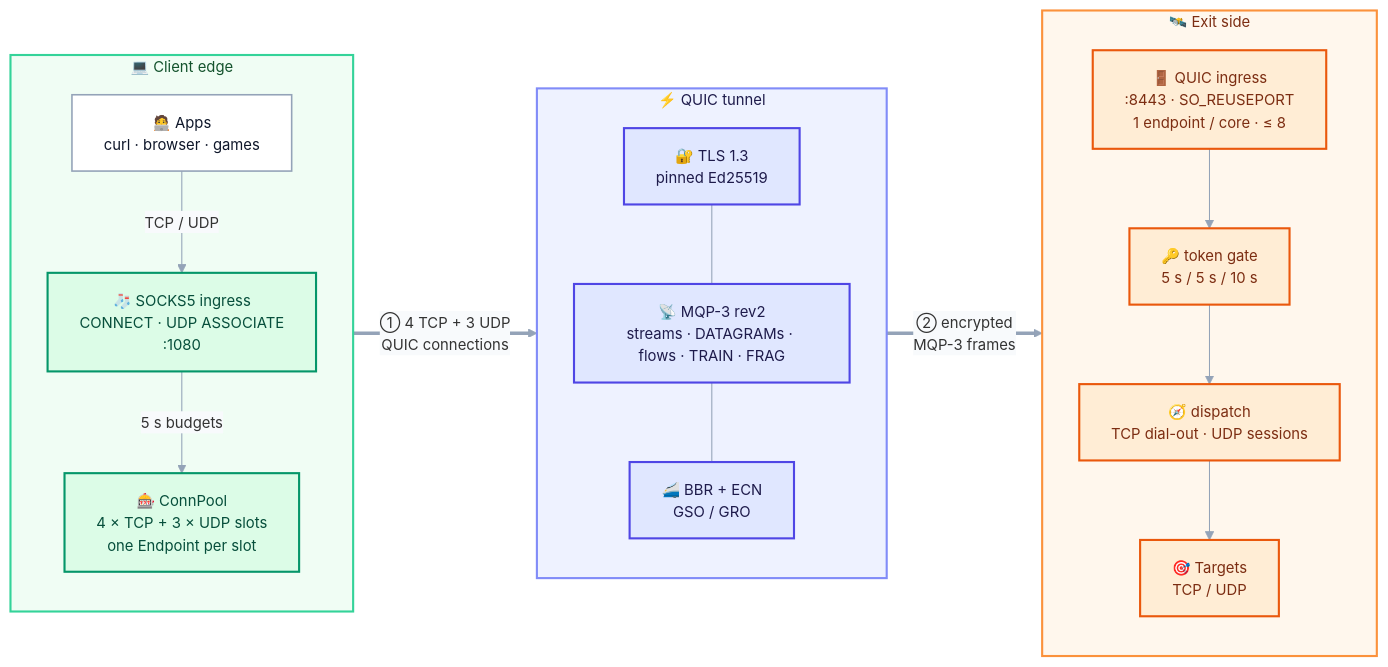
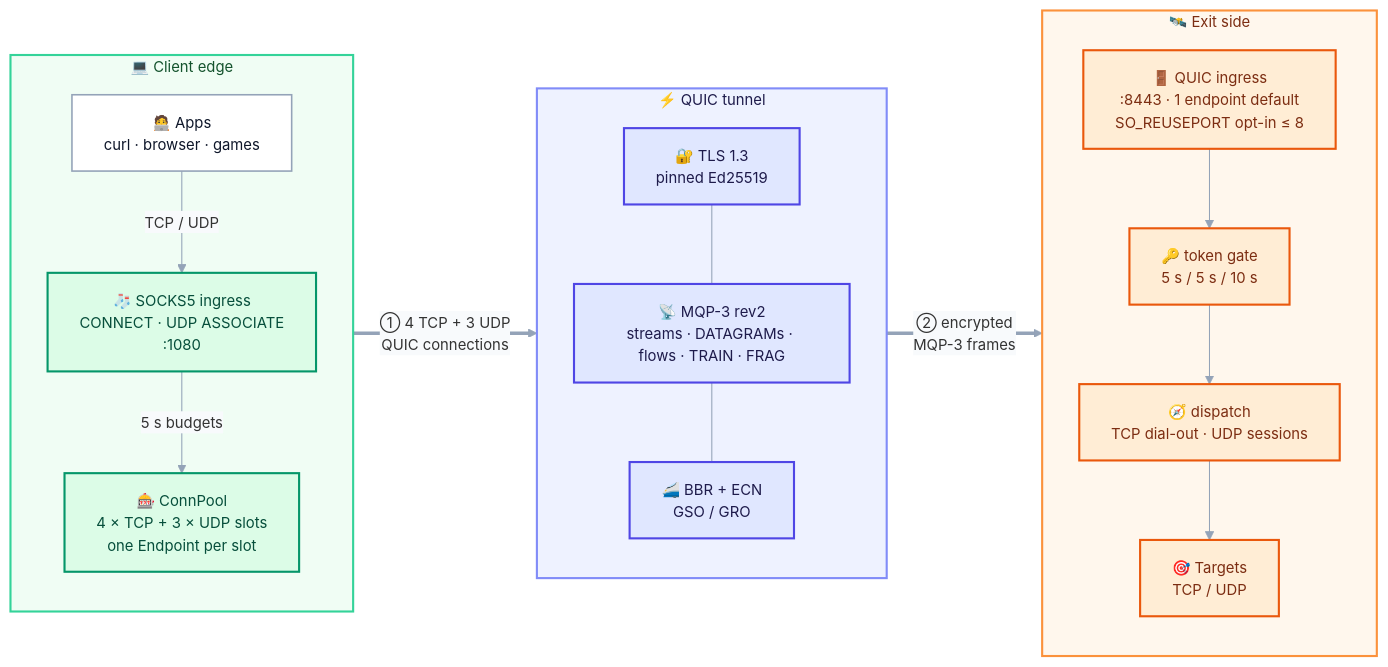
One commit to Terutoki/MyQUIC2 changed the seventh of 31 diagrams in README.md. Above: the diagram before and after it, drawn with Mermaid. The commit also changed other lines of this file and 13 other files, not shown here.

````diff
--- a/README.md
+++ b/README.md
@@ -1271,44 +1271,44 @@
 ```mermaid
 %%{init: {"theme":"base","themeVariables":{"fontSize":"14px","lineColor":"#94a3b8","textColor":"#0f172a","edgeLabelBackground":"#f8fafc"}}}%%
 flowchart LR
     accTitle: System overview
     accDescr: Applications reach the client edge, cross an encrypted QUIC tunnel, and leave through an admission-first server to TCP or UDP targets.
     subgraph EDGE["💻  Client edge"]
         direction TB
         APPS["🧑‍💻 Apps<br/>curl · browser · games"]
         SOCKS["🧦 SOCKS5 ingress<br/>CONNECT · UDP ASSOCIATE<br/>:1080"]
         POOL["🎰 ConnPool<br/>4 × TCP + 3 × UDP slots<br/>one Endpoint per slot"]
         APPS -->|"TCP / UDP"| SOCKS
         SOCKS -->|"5 s budgets"| POOL
     end
     subgraph TUNNEL["⚡  QUIC tunnel"]
         direction TB
         TLS["🔐 TLS 1.3<br/>pinned Ed25519"]
         MQP["📡 MQP-3 rev2<br/>streams · DATAGRAMs · flows · TRAIN · FRAG"]
         CC["🚄 BBR + ECN<br/>GSO / GRO"]
         TLS --- MQP --- CC
     end
     subgraph EXIT["🛰️  Exit side"]
         direction TB
-        ING["🚪 QUIC ingress<br/>:8443 · SO_REUSEPORT<br/>1 endpoint / core · ≤ 8"]
+        ING["🚪 QUIC ingress<br/>:8443 · 1 endpoint default<br/>SO_REUSEPORT opt-in ≤ 8"]
         AUTH["🔑 token gate<br/>5 s / 5 s / 10 s"]
         ROUTE["🧭 dispatch<br/>TCP dial-out · UDP sessions"]
         TARGETS["🎯 Targets<br/>TCP / UDP"]
         ING --> AUTH
         AUTH --> ROUTE
         ROUTE --> TARGETS
     end
     EDGE ==>|"① 4 TCP + 3 UDP<br/>QUIC connections"| TUNNEL
     TUNNEL ==>|"② encrypted<br/>MQP-3 frames"| EXIT
     style EDGE fill:#f0fdf4,stroke:#34d399,stroke-width:2px,color:#14532d
     style TUNNEL fill:#eef2ff,stroke:#818cf8,stroke-width:2px,color:#1e1b4b
     style EXIT fill:#fff7ed,stroke:#fb923c,stroke-width:2px,color:#7c2d12
     classDef app fill:#ffffff,stroke:#94a3b8,stroke-width:1.5px,color:#0f172a
     classDef edge fill:#dcfce7,stroke:#059669,stroke-width:2px,color:#064e3b
     classDef tunnel fill:#e0e7ff,stroke:#4f46e5,stroke-width:2px,color:#1e1b4b
     classDef exit fill:#ffedd5,stroke:#ea580c,stroke-width:2px,color:#7c2d12
     class APPS app
     class SOCKS,POOL edge
     class TLS,MQP,CC tunnel
     class ING,AUTH,ROUTE,TARGETS exit
 ```
````
